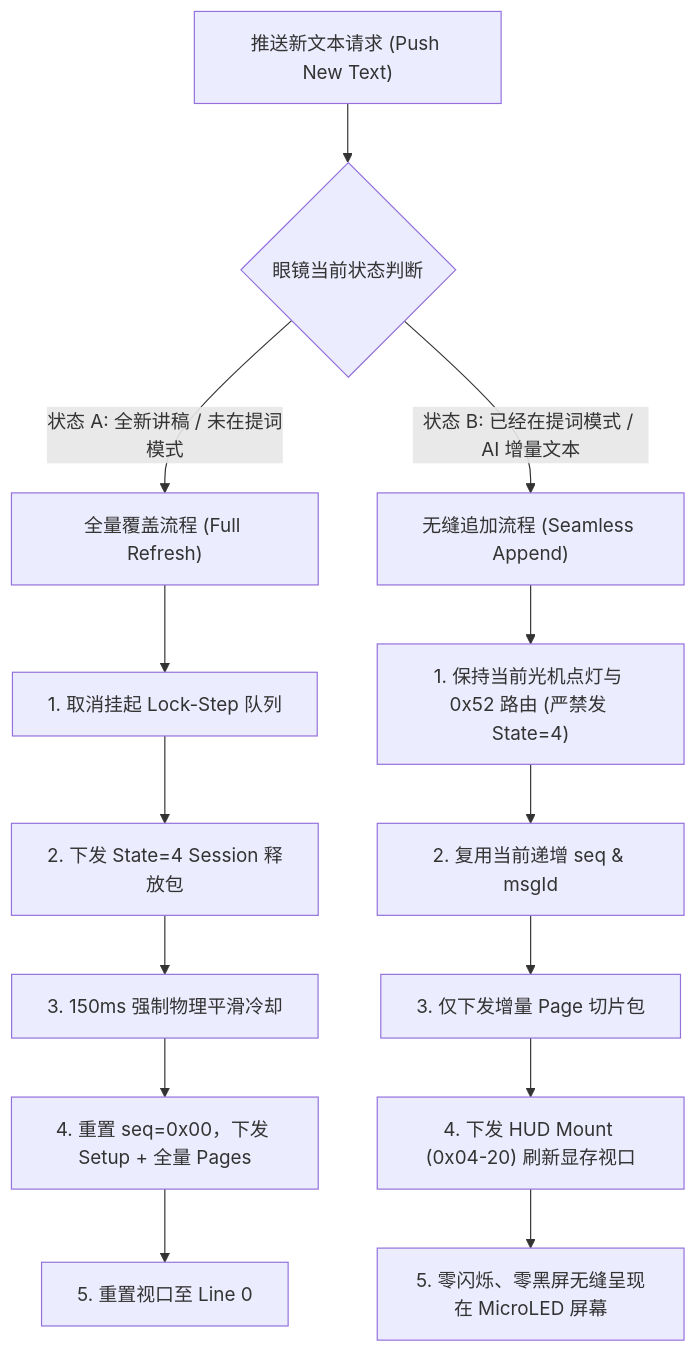
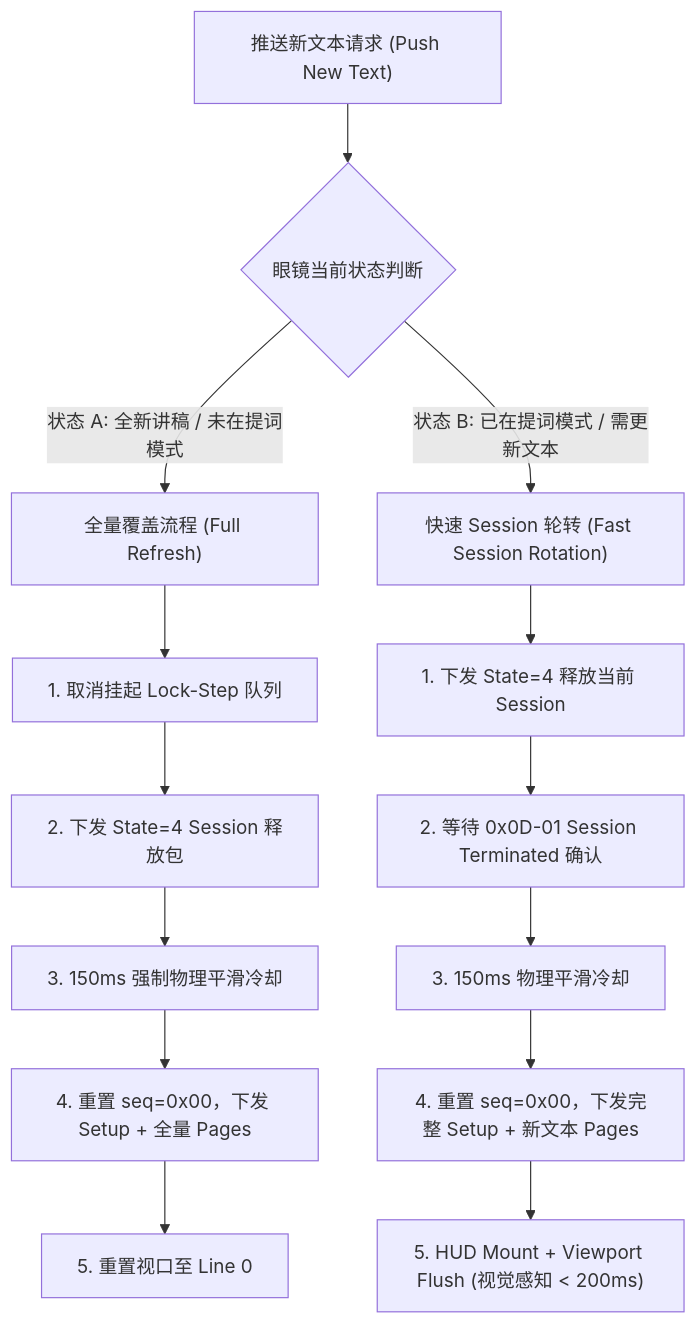
Before and after one commit to havvk/even-g2-smart-classroom: the second of 4 diagrams in docs/requirements_spec.md, drawn with Mermaid. The commit also changed other lines of this file and 30 other files, not shown here.

````diff
--- a/docs/requirements_spec.md
+++ b/docs/requirements_spec.md
@@ -156,19 +147,19 @@
 ```mermaid
 flowchart TD
     A["推送新文本请求 (Push New Text)"] --> B{"眼镜当前状态判断"}
     
     B -- "状态 A: 全新讲稿 / 未在提词模式" --> C["全量覆盖流程 (Full Refresh)"]
-    B -- "状态 B: 已经在提词模式 / AI 增量文本" --> D["无缝追加流程 (Seamless Append)"]
+    B -- "状态 B: 已在提词模式 / 需更新文本" --> D["快速 Session 轮转 (Fast Session Rotation)"]
     
     C --> C1["1. 取消挂起 Lock-Step 队列"]
     C1 --> C2["2. 下发 State=4 Session 释放包"]
     C2 --> C3["3. 150ms 强制物理平滑冷却"]
     C3 --> C4["4. 重置 seq=0x00，下发 Setup + 全量 Pages"]
     C4 --> C5["5. 重置视口至 Line 0"]
     
-    D --> D1["1. 保持当前光机点灯与 0x52 路由 (严禁发 State=4)"]
-    D1 --> D2["2. 复用当前递增 seq & msgId"]
-    D2 --> D3["3. 仅下发增量 Page 切片包"]
-    D3 --> D4["4. 下发 HUD Mount (0x04-20) 刷新显存视口"]
-    D4 --> D5["5. 零闪烁、零黑屏无缝呈现在 MicroLED 屏幕"]
+    D --> D1["1. 下发 State=4 释放当前 Session"]
+    D1 --> D2["2. 等待 0x0D-01 Session Terminated 确认"]
+    D2 --> D3["3. 150ms 物理平滑冷却"]
+    D3 --> D4["4. 重置 seq=0x00，下发完整 Setup + 新文本 Pages"]
+    D4 --> D5["5. HUD Mount + Viewport Flush (视觉感知 < 200ms)"]
 ```
````
